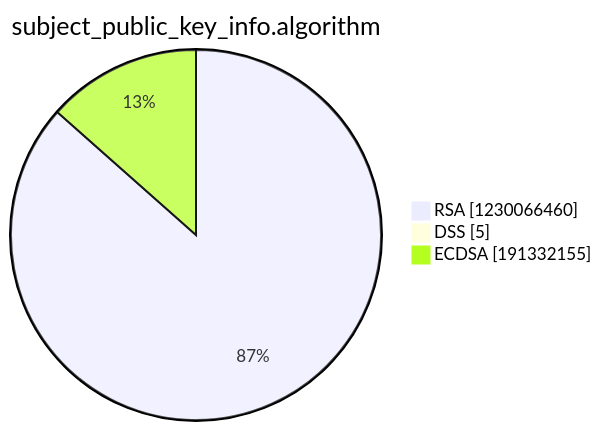
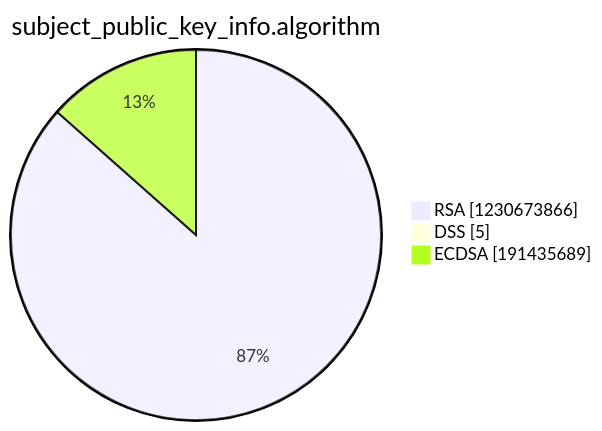
One commit to christiankrug/ctmonitor_visualization changed the third of 15 diagrams in argon2022/README.md. Above: the diagram before and after it, drawn with Mermaid. The commit also changed other lines of this file, not shown here.

````diff
--- a/argon2022/README.md
+++ b/argon2022/README.md
@@ -14,7 +14,7 @@
 ```mermaid
 pie showData
 title subject_public_key_info.algorithm
-"RSA" :1230066460
+"RSA" :1230673866
 "DSS" :5
-"ECDSA" :191332155
+"ECDSA" :191435689
 ```
````
